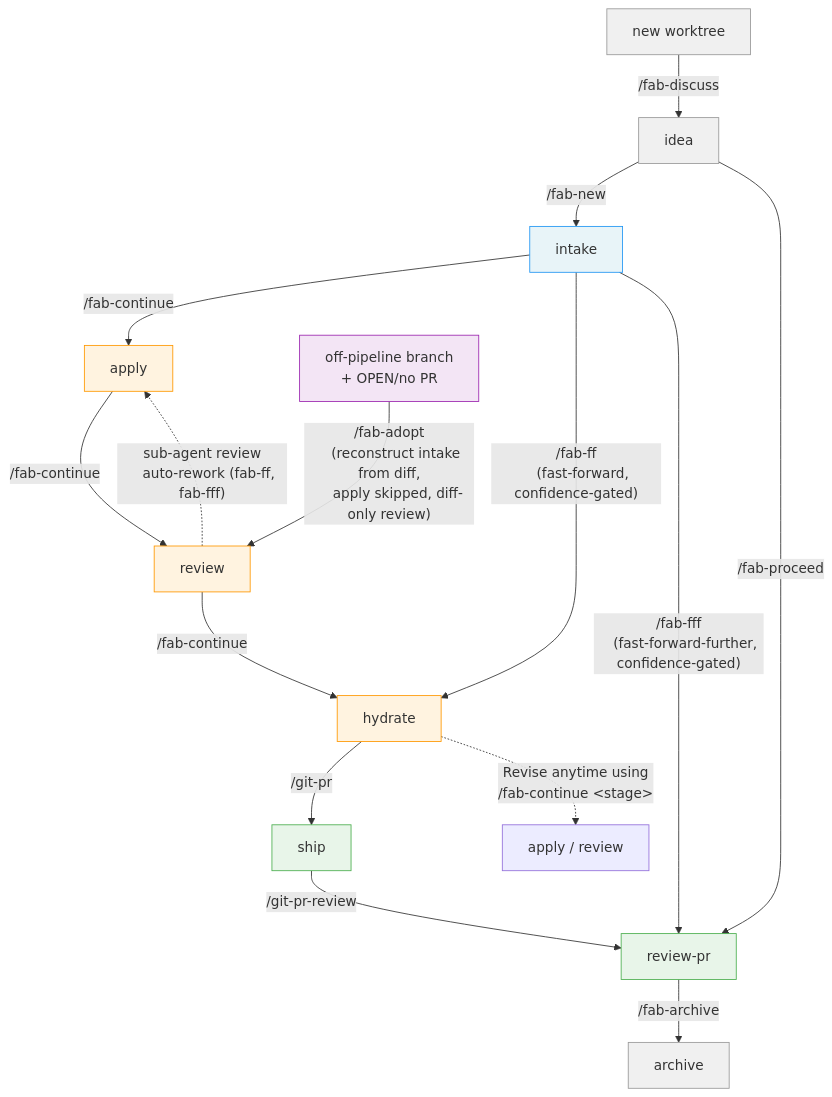
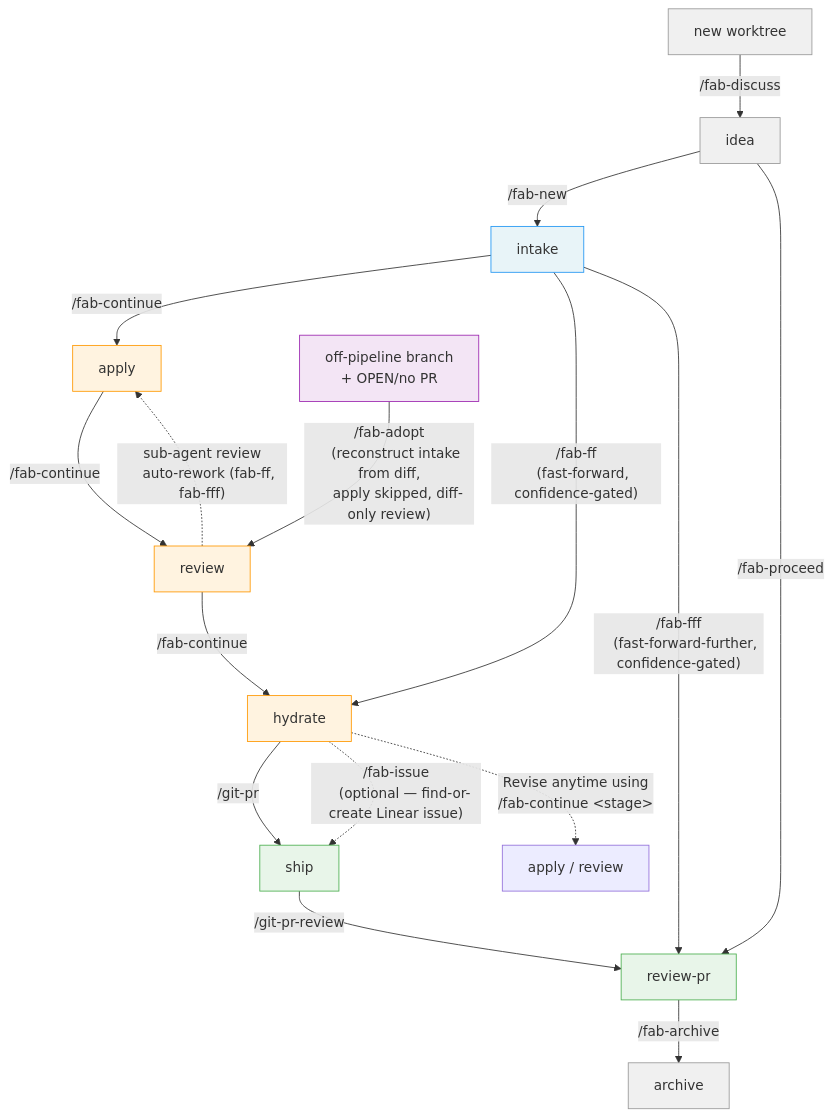
One commit to sahil87/fab-kit changed the second of 4 diagrams in docs/specs/user-flow.md. Above: the diagram before and after it, drawn with Mermaid. The commit also changed other lines of this file and 16 other files, not shown here.

Commit message:
feat: Linear Issue Find-or-Create Skill (z5qt)

````diff
--- a/docs/specs/user-flow.md
+++ b/docs/specs/user-flow.md
@@ -40,46 +40,50 @@
 ```mermaid
 flowchart TD
     WT[new worktree] -->|"/fab-discuss"| IDEA[idea]
     IDEA -->|"/fab-new"| B[intake]
     B -->|"/fab-continue"| A[apply]
     A -->|"/fab-continue"| R[review]
     R -->|"/fab-continue"| H[hydrate]
     H -->|"/git-pr"| SH[ship]
     SH -->|"/git-pr-review"| RP[review-pr]
+
+    %% Optional Linear linking (any time before ship; automatic in /fab-fff Step 3.5)
+    H -.->|"/fab-issue
+    (optional — find-or-create Linear issue)"| SH
 
     %% Post-pipeline housekeeping
     RP -->|"/fab-archive"| AR[archive]
 
     %% Shortcuts
     B -->|"/fab-ff
     (fast-forward, confidence-gated)"| H
     B -->|"/fab-fff
     (fast-forward-further, confidence-gated)"| RP
     IDEA -->|"/fab-proceed"| RP
 
     %% Adoption — alternate entry for off-pipeline work (apply skipped)
     OFF[off-pipeline branch
     + OPEN/no PR] -->|"/fab-adopt
     (reconstruct intake from diff,
     apply skipped, diff-only review)"| R
     style OFF fill:#f3e5f5,stroke:#9C27B0
 
     %% Apply-review loop (sub-agent review with auto-rework)
     R -.->|"sub-agent review
     auto-rework (fab-ff, fab-fff)"| A
 
     %% Rework (reset to any earlier stage)
     H -.->|"Revise anytime using
     /fab-continue &lt;stage&gt;"| REWORK["apply / review"]
 
     %% Styles
     style WT fill:#f0f0f0,stroke:#999
     style IDEA fill:#f0f0f0,stroke:#999
     style B fill:#e8f4f8,stroke:#2196F3
     style A fill:#fff3e0,stroke:#FF9800
     style R fill:#fff3e0,stroke:#FF9800
     style H fill:#fff3e0,stroke:#FF9800
     style SH fill:#e8f5e9,stroke:#4CAF50
     style RP fill:#e8f5e9,stroke:#4CAF50
     style AR fill:#f0f0f0,stroke:#999
 ```
````
